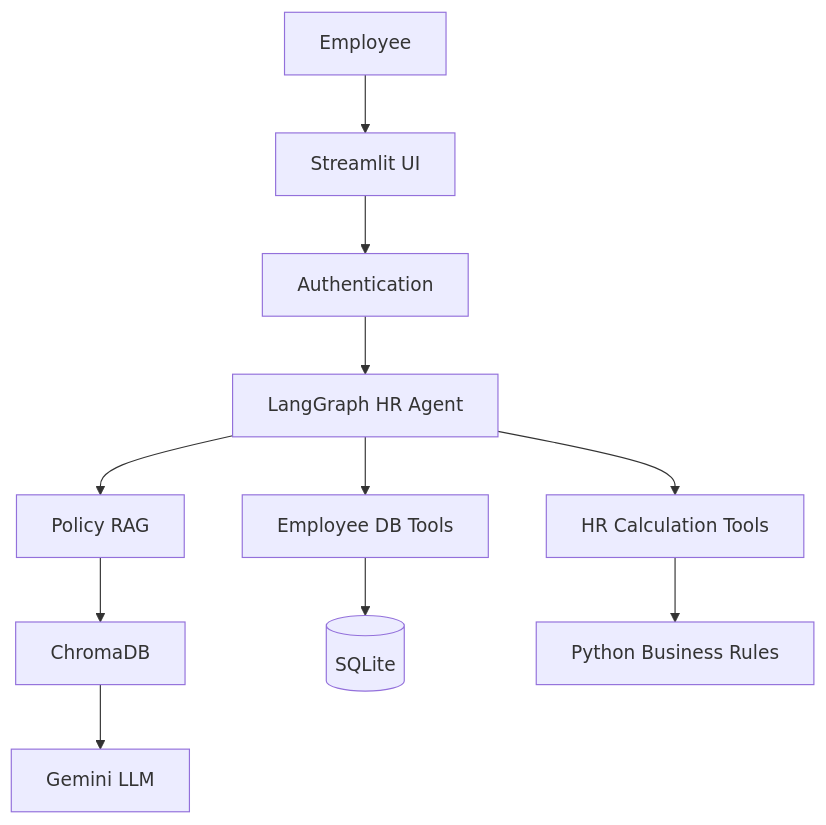
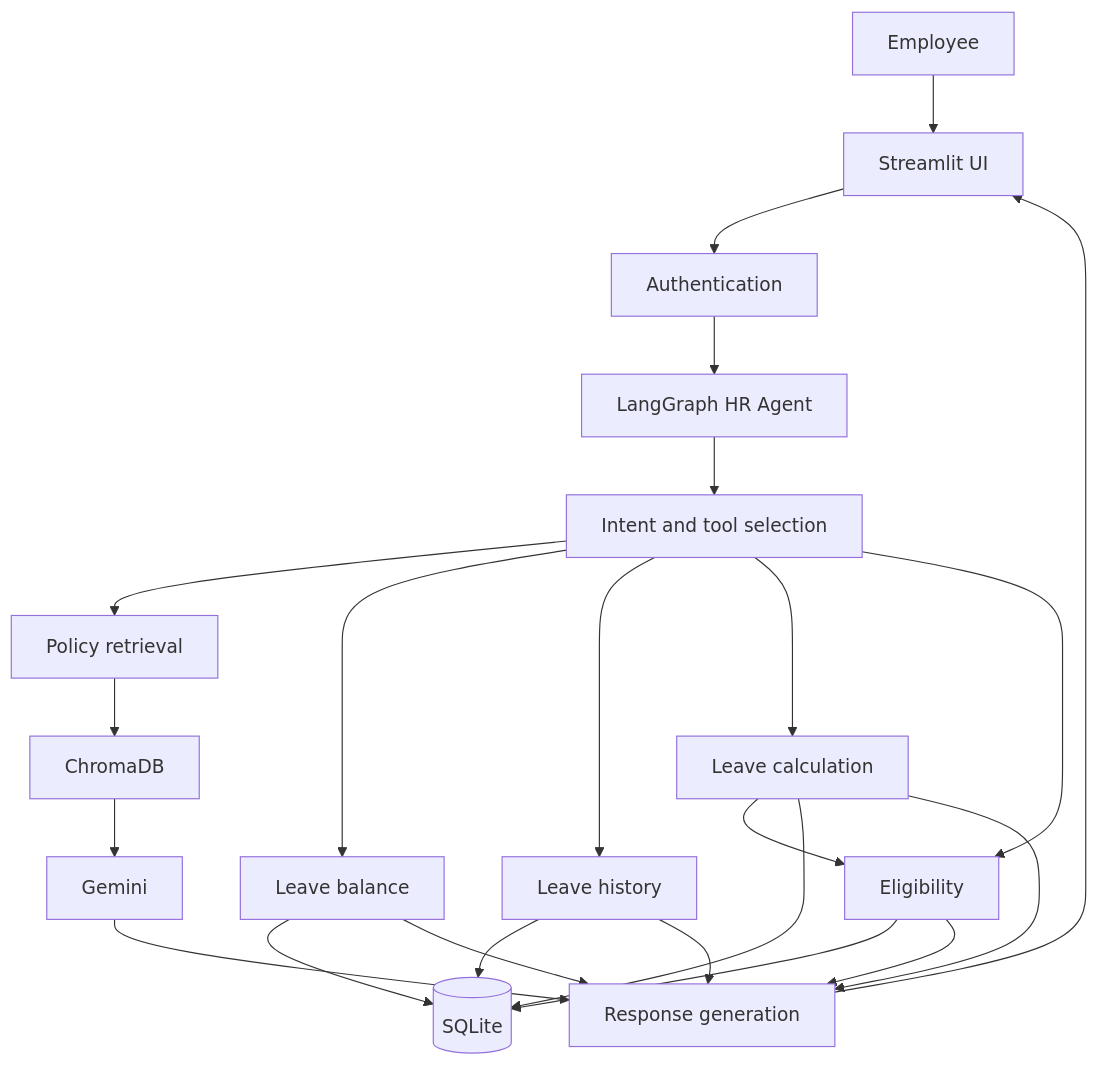
The diagram in architecture.md (sundarideas2it/hr-chat-agent), drawn with Mermaid before and after one commit. The commit also changed other lines of this file and 20 other files, not shown here.

First line of the commit message:
Connect the chat agent to leave tools and the 2026 holiday list.

````diff
--- a/architecture.md
+++ b/architecture.md
@@ -9,25 +5,40 @@
 ```mermaid
 flowchart TD
     Employee[Employee]
     UI[Streamlit UI]
     Auth[Authentication]
     Agent[LangGraph HR Agent]
-    RAG[Policy RAG]
-    DBTools[Employee DB Tools]
-    Calc[HR Calculation Tools]
+    Intent[Intent and tool selection]
+    RAG[Policy retrieval]
+    Balance[Leave balance]
+    History[Leave history]
+    Calc[Leave calculation]
+    Eligible[Eligibility]
+    Reply[Response generation]
     Chroma[ChromaDB]
     SQLite[(SQLite)]
-    Rules[Python Business Rules]
-    Gemini[Gemini LLM]
+    Gemini[Gemini]
 
     Employee --> UI
     UI --> Auth
     Auth --> Agent
-    Agent --> RAG
-    Agent --> DBTools
-    Agent --> Calc
+    Agent --> Intent
+    Intent --> RAG
+    Intent --> Balance
+    Intent --> History
+    Intent --> Calc
+    Intent --> Eligible
+    Calc --> Eligible
     RAG --> Chroma
     Chroma --> Gemini
-    DBTools --> SQLite
-    Calc --> Rules
+    Gemini --> Reply
+    Balance --> SQLite
+    History --> SQLite
+    Calc --> SQLite
+    Eligible --> SQLite
+    Balance --> Reply
+    History --> Reply
+    Calc --> Reply
+    Eligible --> Reply
+    Reply --> UI
 ```
````
